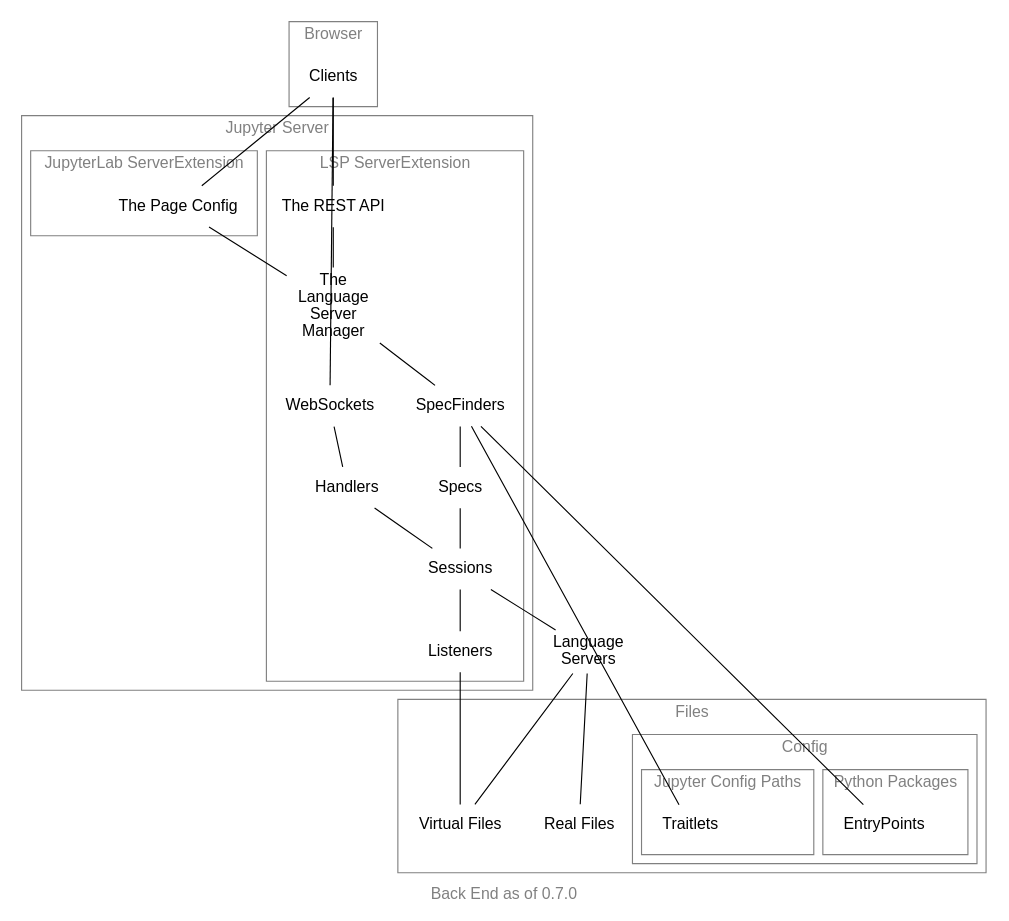
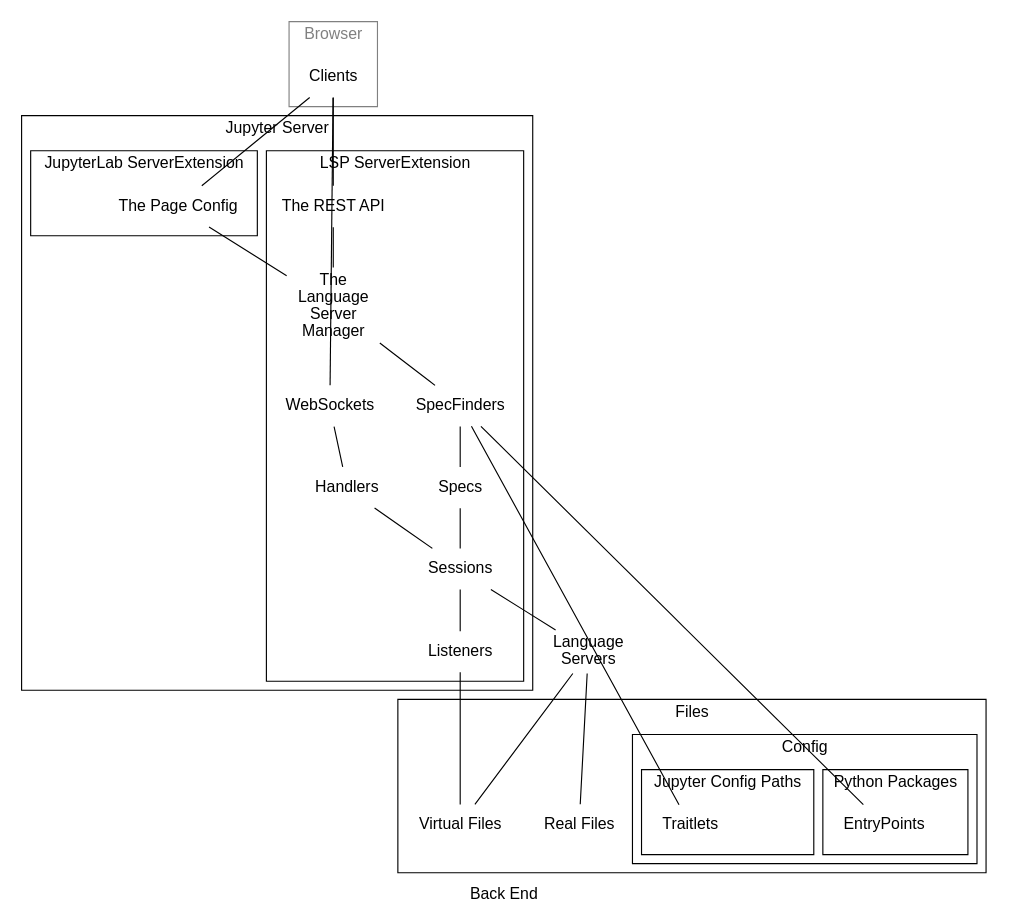
One commit to jupyter-lsp/jupyterlab-lsp changed the diagram in docs/dot/as-is/backend.dot. Above: the diagram before and after it, drawn with Graphviz. The commit also changed 9 other files, not shown here.

```diff
--- a/docs/dot/as-is/backend.dot
+++ b/docs/dot/as-is/backend.dot
@@ -1,48 +1,48 @@
 graph backend {
-    label="Back End as of 0.7.0"
+    label="Back End"
     splines="line"
     fontname="sans-serif"
     node[shape=none fontname="sans-serif"]
     edge[fontname="sans-serif"]
+    subgraph cluster_browser {
     graph[fontcolor=grey color=grey]
-    subgraph cluster_browser {
         label=Browser
         Clients
     }
     subgraph cluster_notebook { label="Jupyter Server"
         subgraph cluster_lsp { label="LSP ServerExtension"
             Sessions
             Manager[label="The\nLanguage\nServer\nManager"]
             Handlers
             WebSockets
             SpecFinders
             Specs
             Listeners
             RestAPI[label="The REST API"]
         }
         subgraph cluster_lab_ext { label="JupyterLab ServerExtension"
             PageConfig[label="The Page Config"]
         }
     }
-    
+
     subgraph cluster_files { label="Files"
         RealFiles[label="Real Files"]
         VirtualFiles[label="Virtual Files"]
         subgraph cluster_config { label="Config"
             subgraph cluster_jupyter_cfg { label="Jupyter Config Paths"
                 Traitlets
             }
             subgraph cluster_python_pkgs { label="Python Packages"
                 EntryPoints
             }
         }
     }
 
     LanguageServers[label="Language\nServers"]
     Clients -- {RestAPI PageConfig} -- Manager
     Clients -- WebSockets -- Handlers -- Sessions -- LanguageServers
     {Manager Traitlets EntryPoints} -- SpecFinders -- Specs
     Specs -- Sessions
     Sessions -- Listeners -- VirtualFiles
     LanguageServers -- {RealFiles VirtualFiles}
 }
```
